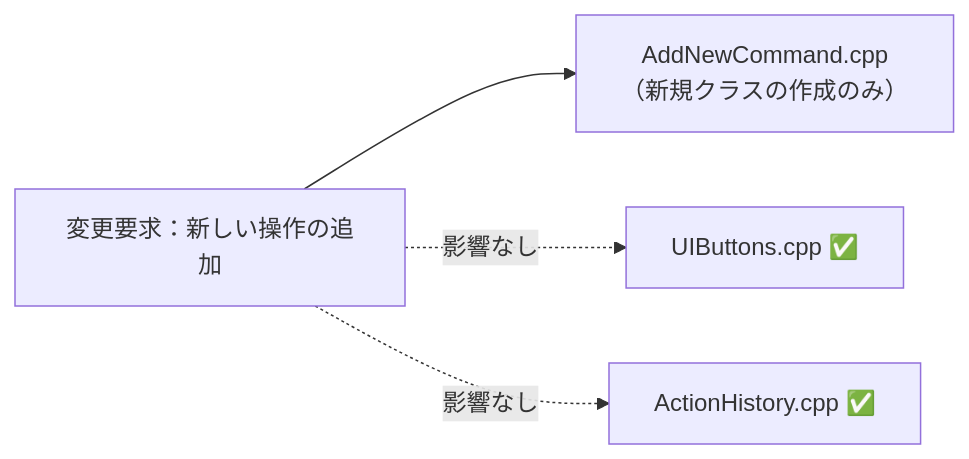
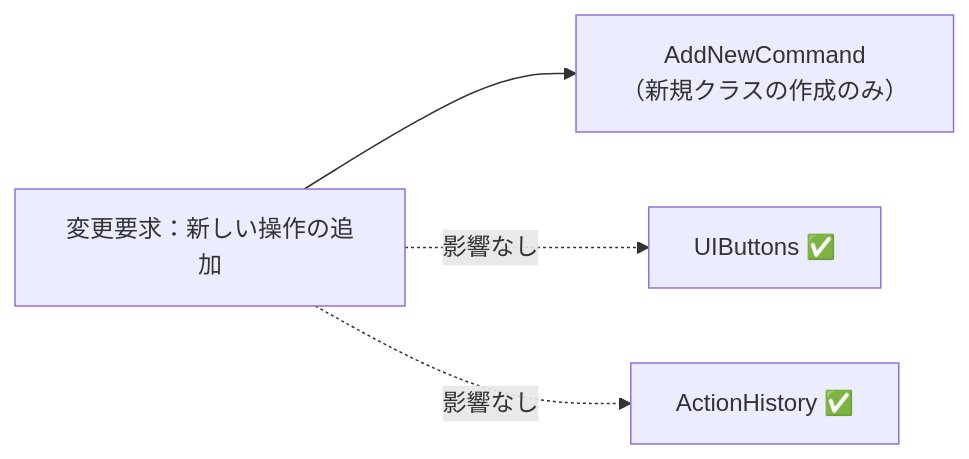
One commit to kumachan1101-pixel/DesignPattern changed the fifth of 6 diagrams in kindle/design-patterns/output/chapter05.md. Above: the diagram before and after it, drawn with Mermaid. The commit also changed other lines of this file and 8 other files, not shown here.

````diff
--- a/kindle/design-patterns/output/chapter05.md
+++ b/kindle/design-patterns/output/chapter05.md
@@ -814,7 +814,7 @@
 ```mermaid
 graph LR
-    T1["変更要求：新しい操作の追加"] --> F1["AddNewCommand.cpp<br>（新規クラスの作成のみ）"]
-    T1 -. "影響なし" .-> A["UIButtons.cpp ✅"]
-    T1 -. "影響なし" .-> B["ActionHistory.cpp ✅"]
+    T1["変更要求：新しい操作の追加"] --> F1["AddNewCommand<br>（新規クラスの作成のみ）"]
+    T1 -. "影響なし" .-> A["UIButtons ✅"]
+    T1 -. "影響なし" .-> B["ActionHistory ✅"]
 
 ```
````
